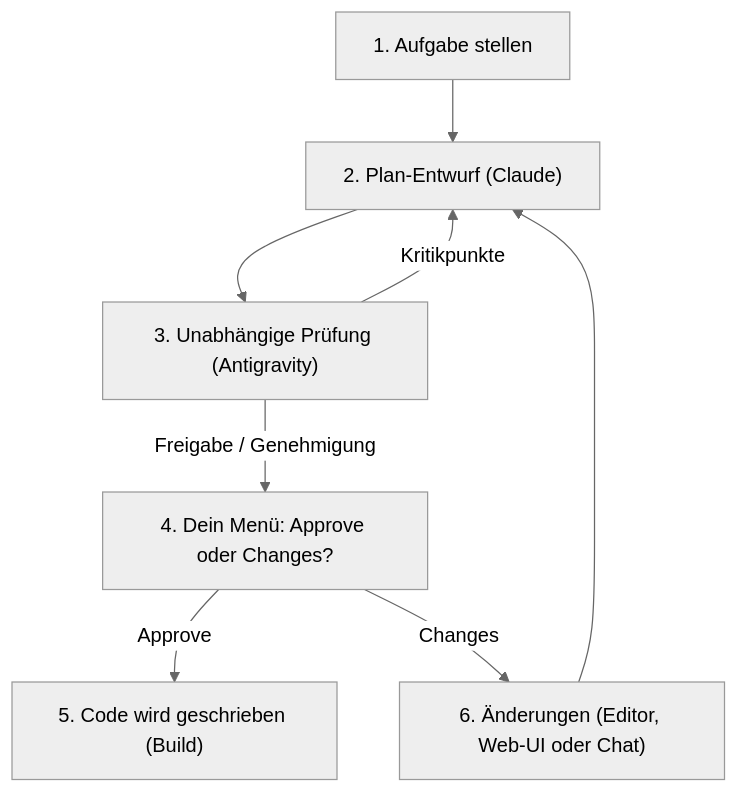
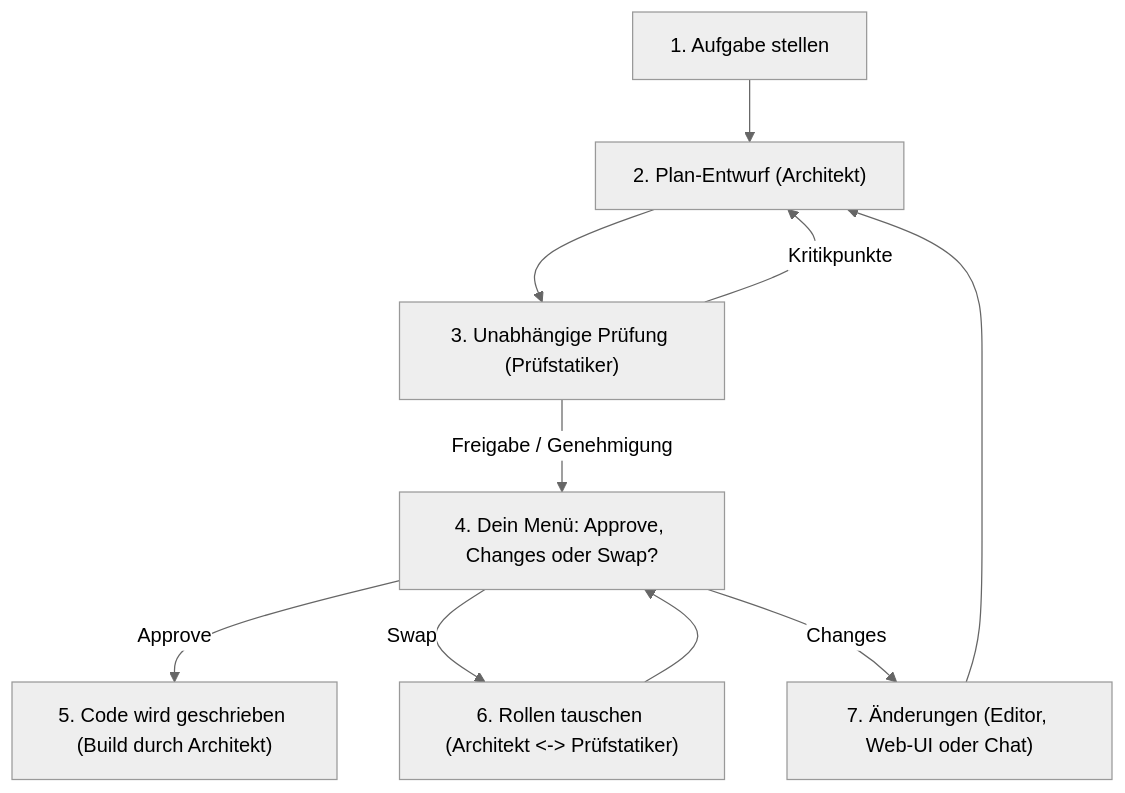
Before and after one commit to gb-web-de/claudegravity-loop: the first of 2 diagrams in README.md, drawn with Mermaid (neutral theme). The commit also changed other lines of this file and 1 other file, not shown here.

Commit message:
feat: add model & effort tracking to audit report and support role swapping (Architekt/Prüfstatiker)

````diff
--- a/README.md
+++ b/README.md
@@ -58,10 +59,12 @@
 ```mermaid
 flowchart TD
-    A["1. Aufgabe stellen"] --> B["2. Plan-Entwurf (Claude)"]
-    B --> C["3. Unabhängige Prüfung (Antigravity)"]
+    A["1. Aufgabe stellen"] --> B["2. Plan-Entwurf (Architekt)"]
+    B --> C["3. Unabhängige Prüfung (Prüfstatiker)"]
     C -->|Kritikpunkte| B
-    C -->|Freigabe / Genehmigung| D["4. Dein Menü: Approve oder Changes?"]
-    D -->|Approve| E["5. Code wird geschrieben (Build)"]
-    D -->|Changes| F["6. Änderungen (Editor, Web-UI oder Chat)"]
+    C -->|Freigabe / Genehmigung| D["4. Dein Menü: Approve, Changes oder Swap?"]
+    D -->|Approve| E["5. Code wird geschrieben (Build durch Architekt)"]
+    D -->|Swap| G["6. Rollen tauschen (Architekt <-> Prüfstatiker)"]
+    G --> D
+    D -->|Changes| F["7. Änderungen (Editor, Web-UI oder Chat)"]
     F --> B
 ```
````
